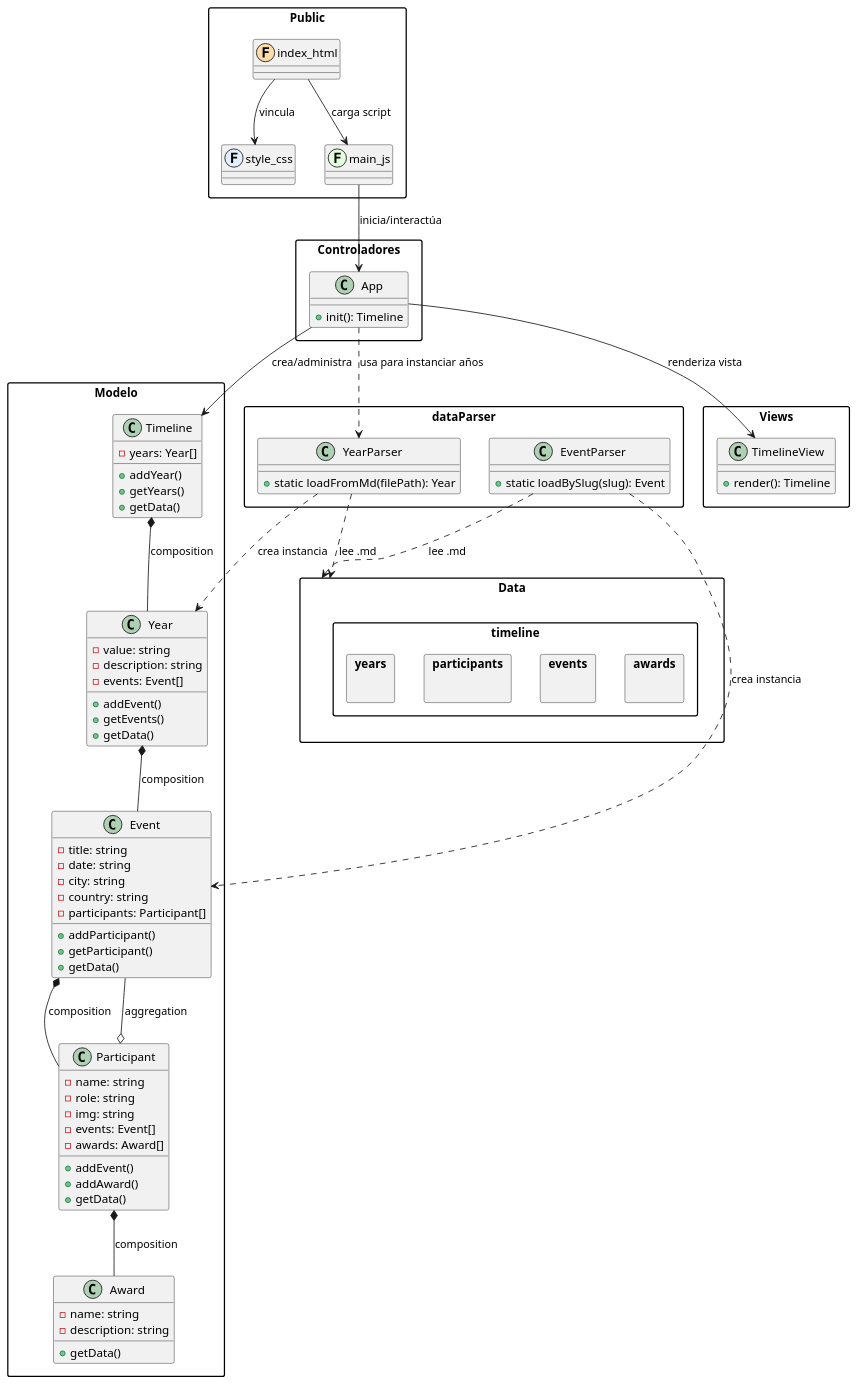
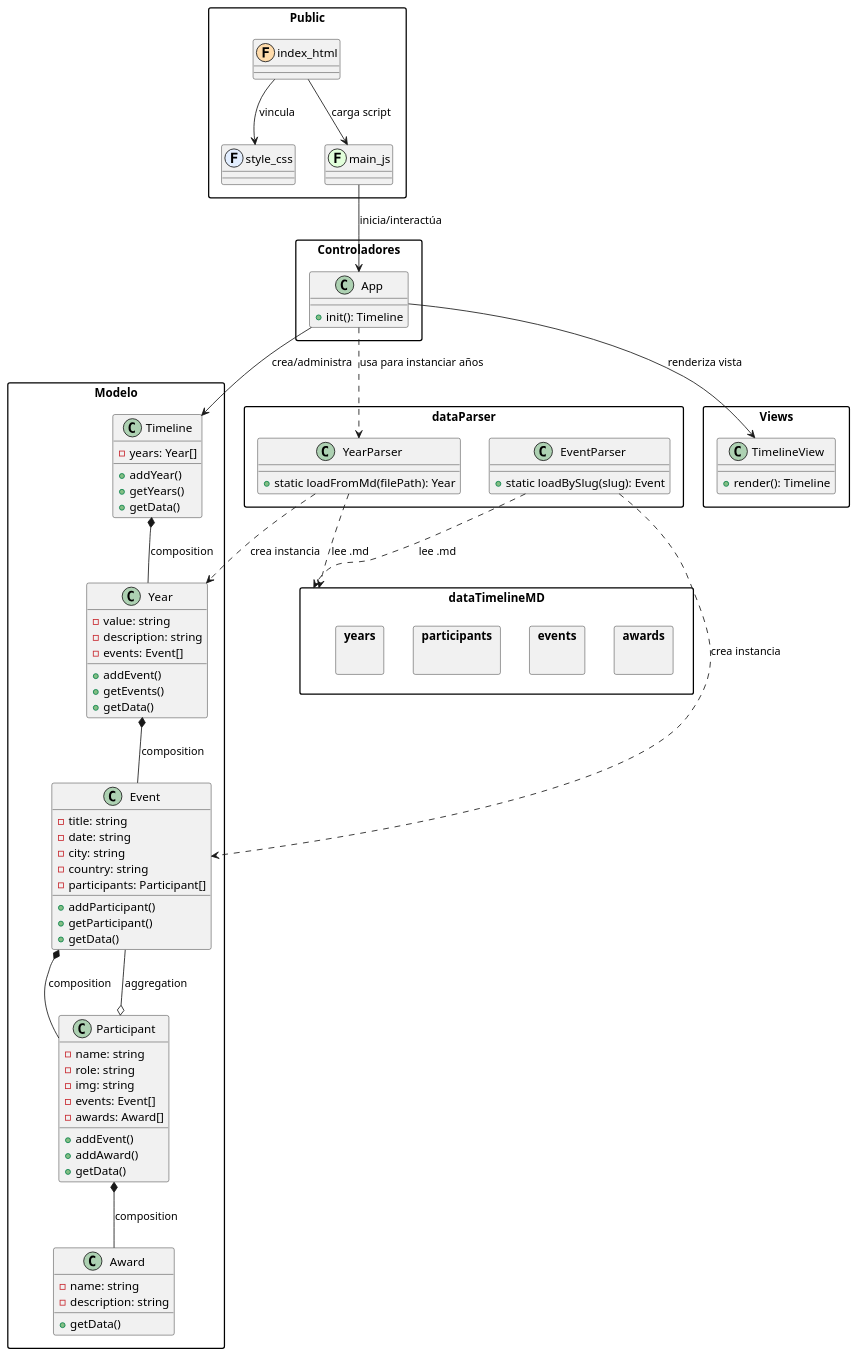
The diagram in timeline.plantuml (valleria-web/AE_timeline), drawn with PlantUML before and after one commit. The commit also changed 9 other files, not shown here.

Commit message:
YearParser

```diff
--- a/timeline.plantuml
+++ b/timeline.plantuml
@@ -1,116 +1,115 @@
 @startuml timeline
 
 skinparam packageStyle rectangle
 
 ' === MODELO ===
 package "Modelo" {
     class Timeline{
         - years: Year[]
         + addYear()
         + getYears()
         + getData()
     }
 
     class Year{
         - value: string
         - description: string
         - events: Event[]
         + addEvent()
         + getEvents()
         + getData()
     }
 
     class Event{
         - title: string
         - date: string
         - city: string
         - country: string
         - participants: Participant[]
         + addParticipant()
         + getParticipant()
         + getData()
     }
 
     class Participant{
         - name: string
         - role: string
         - img: string
         - events: Event[]
         - awards: Award[]
         + addEvent()
         + addAward()
         + getData()
     }
 
     class Award {
         - name: string
         - description: string
         + getData()
     }
 }
 
 ' === DATA ===
-package "Data" {
-    package "timeline" {
-        package "awards" {}
-        package "events" {}
-        package "participants" {}
-        package "years" {}
-    }
+
+package "dataTimelineMD" {
+    package "awards" {}
+    package "events" {}
+    package "participants" {}
+    package "years" {}
 }
 
 ' === DATA Parser ===
 package "dataParser" {
     class YearParser {
         + static loadFromMd(filePath): Year
     }
     class EventParser {
         + static loadBySlug(slug): Event
     }
 }
 
 ' === CONTROLADORES ===
 package "Controladores" {
     class App {
         + init(): Timeline
     }
 }
 
 ' === VISTAS ===
 package "Views" {
     class TimelineView {
         + render(): Timeline
     }
 }
 
 ' === PUBLICO (Front-end) ===
 package "Public" {
     class index_html << (F,#FFDBAA) >>
     class style_css << (F,#E2EEFF) >>
     class main_js << (F,#E2FFDB) >>
 }
 
 ' === RELACIONES ENTRE CAPAS ===
 
 Timeline *-- Year           : composition
 Year *-- Event              : composition
 Event *-- Participant       : composition
 Participant *-- Award       : composition
 Participant o-- Event       : aggregation
 
 YearParser ..> Year         : crea instancia
 EventParser ..> Event       : crea instancia
 
 App --> Timeline            : crea/administra
 App ..> YearParser          : usa para instanciar años
 
 index_html --> style_css    : "vincula"
 index_html --> main_js      : "carga script"
 main_js --> App             : "inicia/interactúa"
 App --> TimelineView        : "renderiza vista"
 
 ' Relación data <-> Parser
-YearParser ..> Data : "lee .md"
-EventParser ..> Data : "lee .md"
+YearParser ..> dataTimelineMD : "lee .md"
+EventParser ..> dataTimelineMD : "lee .md"
 
 @enduml
```
